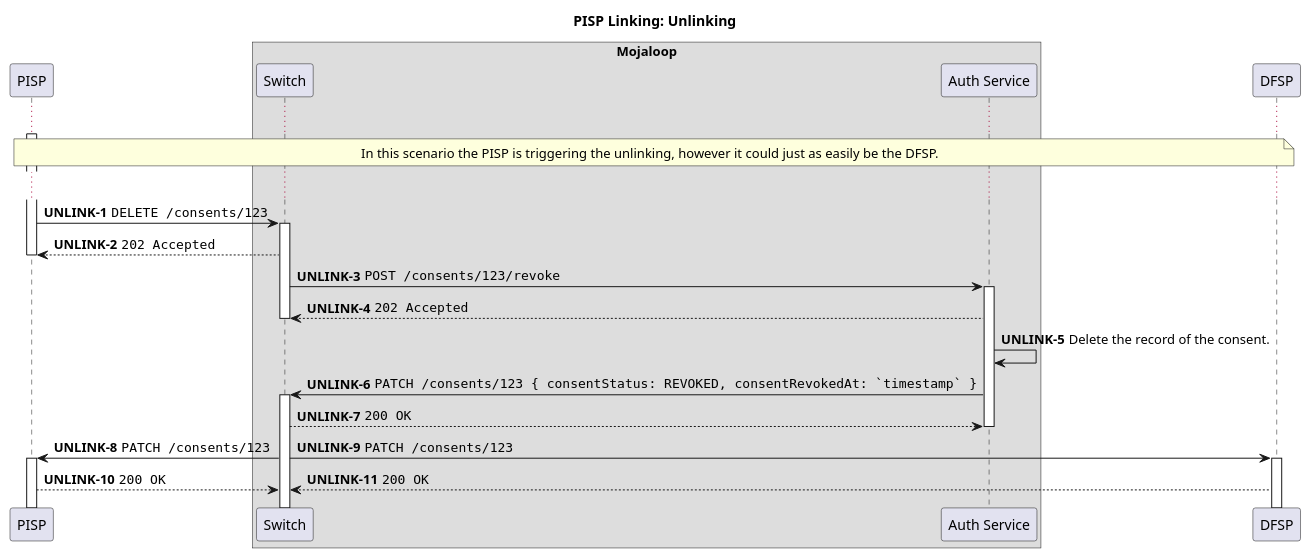
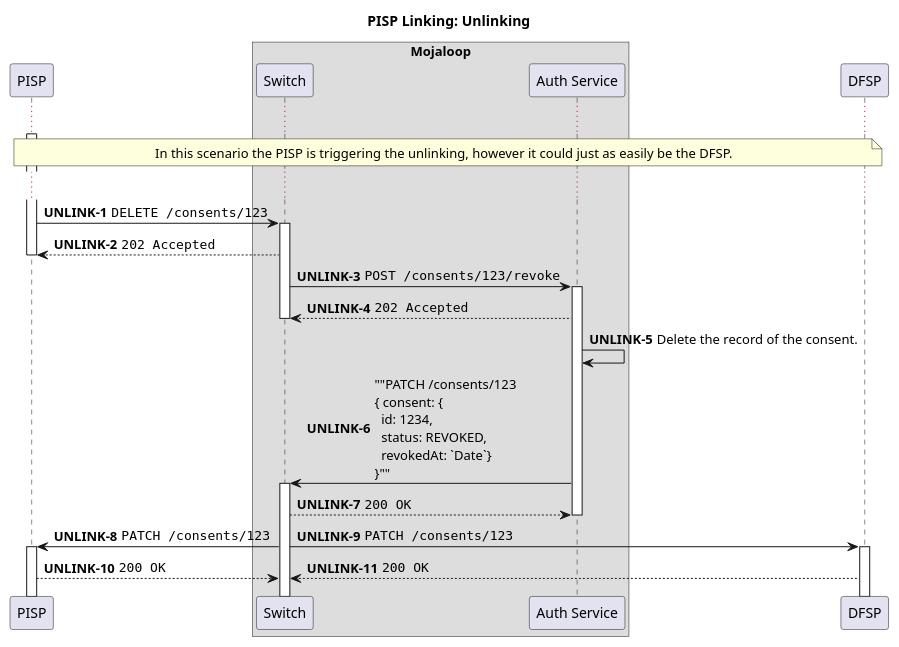
The diagram in docs/linking/unlinking.puml (mojaloop/pisp-project), drawn with PlantUML before and after one commit.

```diff
--- a/docs/linking/unlinking.puml
+++ b/docs/linking/unlinking.puml
@@ -1,51 +1,51 @@
 @startuml
 
 !pragma teoz true
 
 title PISP Linking: Unlinking
 
 participant "PISP" as PISP
 
 box "Mojaloop"
     participant Switch
     participant "Auth Service" as Auth
 end box
 
 participant "DFSP" as DFSP
 
 autonumber 1 "<b>UNLINK-#</b>"
 
 activate PISP
 
 ...
 
 note over PISP, DFSP
   In this scenario the PISP is triggering the unlinking, however it could just as easily be the DFSP.
 end note
 
 ...
 
 PISP -> Switch ++: ""DELETE /consents/123""
 Switch --> PISP: ""202 Accepted""
 deactivate PISP
 
 ' TODO: Do we include the ALS lookup here to figure out which Auth service is
 ' responsible for the given Consent?
 
 Switch -> Auth ++:  ""POST /consents/123/revoke""
 Auth --> Switch: ""202 Accepted""
 deactivate Switch
 
 Auth -> Auth: Delete the record of the consent.
 
-Auth -> Switch ++: ""PATCH /consents/123 { consentStatus: REVOKED, consentRevokedAt: `timestamp` }""
+Auth -> Switch ++: ""PATCH /consents/123 \n{ consent: {\n  id: 1234,\n  status: REVOKED,\n  revokedAt: `Date`}\n}""
 Switch --> Auth: ""200 OK""
 deactivate Auth
 
 Switch -> PISP ++: ""PATCH /consents/123""
 & Switch -> DFSP ++: ""PATCH /consents/123""
 
 PISP --> Switch: ""200 OK""
 & DFSP --> Switch: ""200 OK""
 
 @enduml
```
